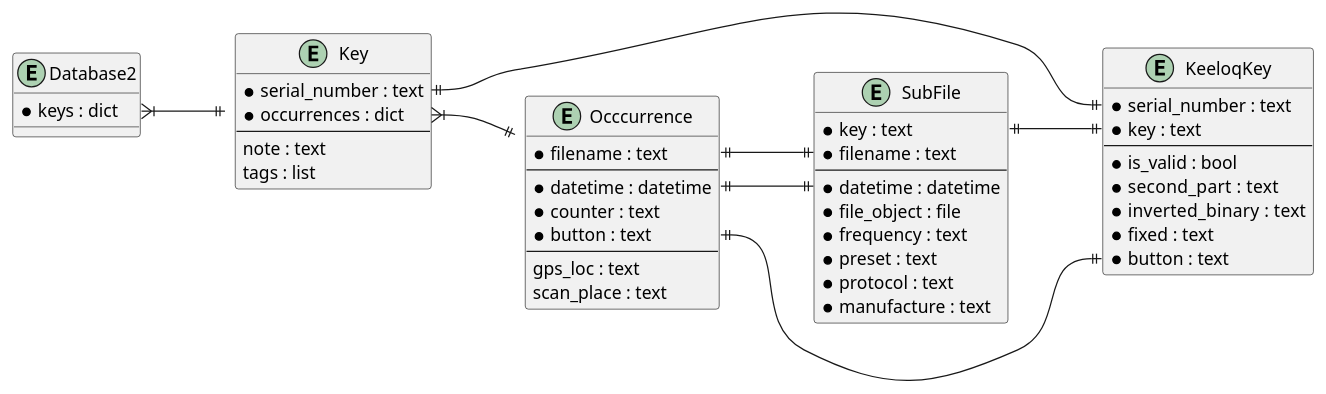
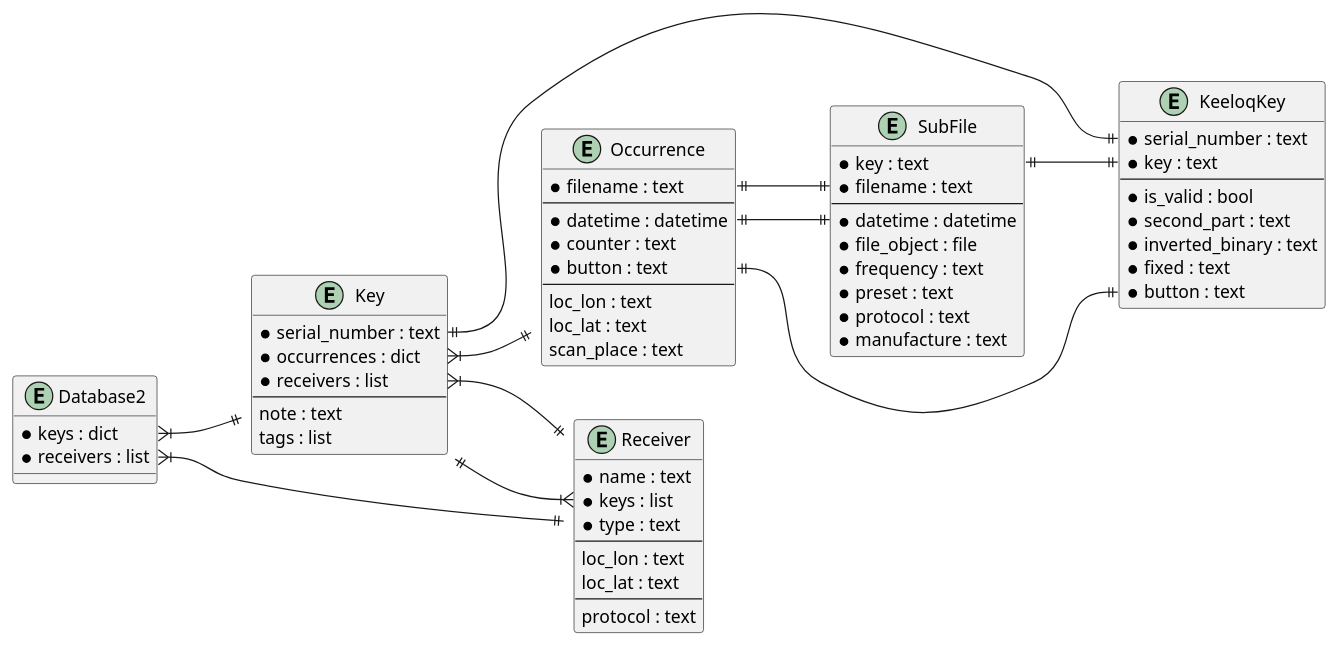
One commit to majki09/flipperzero-tools changed the diagram in data_structure.puml. Above: the diagram before and after it, drawn with PlantUML. The commit also changed 6 other files, not shown here.

```diff
--- a/data_structure.puml
+++ b/data_structure.puml
@@ -1,63 +1,80 @@
 @startuml
 ' hide the spot
 ' hide circle
 
 ' avoid problems with angled crows feet
 ' skinparam linetype ortho
 
 left to right direction
 
 entity "SubFile" as sf {
   * key : text
   * filename : text
   --
   * datetime : datetime
   * file_object : file
   * frequency : text
   * preset : text
   * protocol : text
   * manufacture : text
 }
 
 entity "KeeloqKey" as kk {
   * serial_number : text
   * key : text
   --
   * is_valid : bool
-  * second_part  : text
-  * inverted_binary  : text
+  * second_part : text
+  * inverted_binary : text
   * fixed : text
   * button : text
 }
 
 entity "Database2" as db2 {
   * keys : dict
+  * receivers : list
 }
 
 entity "Key" as k {
   * serial_number : text
   * occurrences : dict
+  * receivers : list
   --
   note : text
   tags : list
 }
 
-entity "Occcurrence" as o {
+entity "Occurrence" as o {
   * filename : text
   --
   * datetime : datetime
   * counter : text
   * button : text
   --
-  gps_loc : text
+  loc_lon : text
+  loc_lat : text
   scan_place : text
+}
+
+entity "Receiver" as r {
+  * name : text
+  * keys : list
+  * type : text
+  --
+  loc_lon : text
+  loc_lat : text
+  --
+  protocol : text
 }
 
 sf::key ||--|| kk::key
 o::filename ||--|| sf::filename
 o::datetime ||--|| sf::datetime
 db2::keys }|--|| k
+db2::receivers }|--|| r
 o::button ||--|| kk::button
 k::occurrences }|--|| o
 k::serial_number ||--|| kk::serial_number
+k::receivers }|--|| r
+r::keys }|--|| k
 @enduml
```
